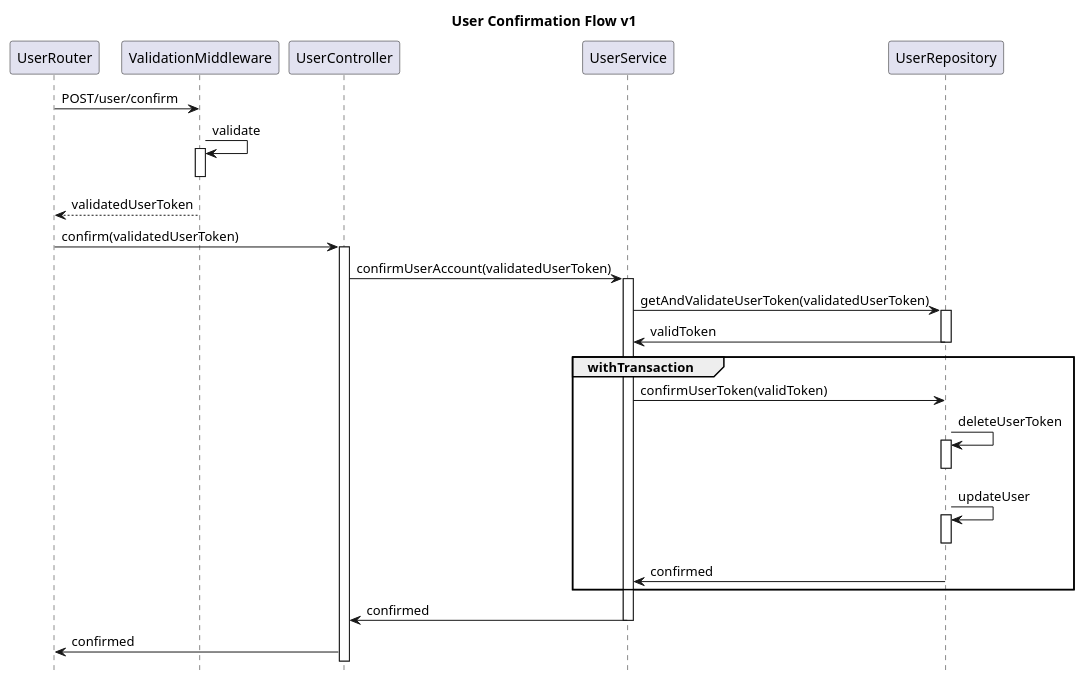
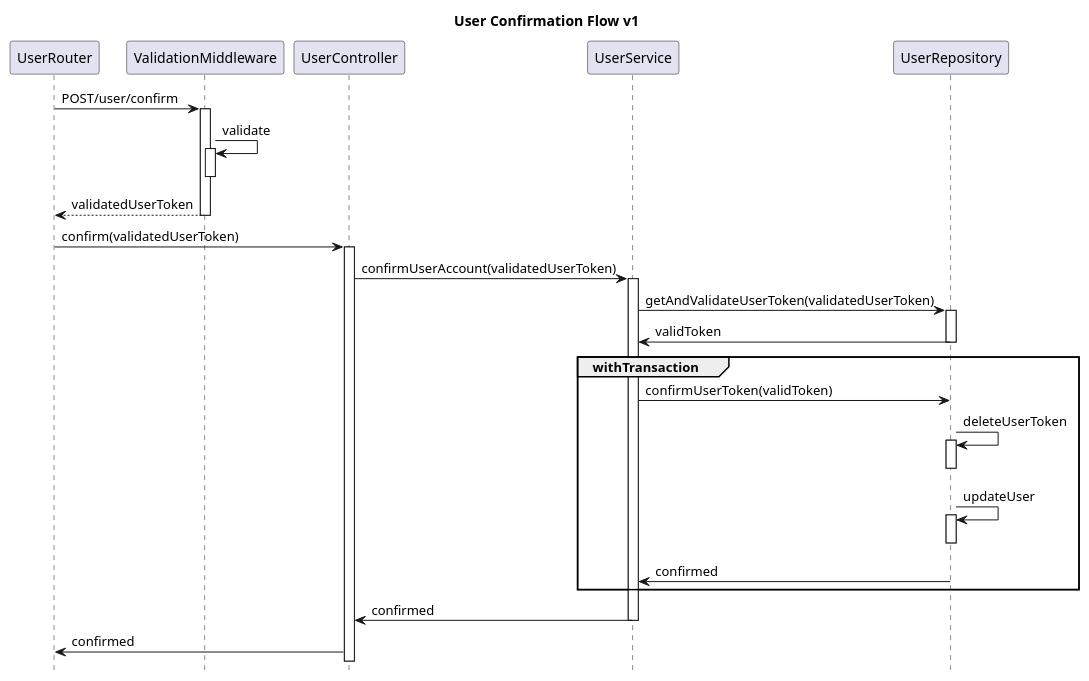
One commit to mcaligares/express-typescript changed the second of 6 diagrams in .docs/user.puml. Above: the diagram before and after it, drawn with PlantUML. The commit also changed other lines of this file and 3 other files, not shown here.

Commit message:
feat: add puml diagrams. related #65

```diff
--- a/.docs/user.puml
+++ b/.docs/user.puml
@@ -33,25 +33,25 @@
 @startuml user confirm
 title User Confirmation Flow v1
 hide footbox
 
-UserRouter -> ValidationMiddleware : POST/user/confirm
+UserRouter -> ValidationMiddleware ++: POST/user/confirm
 ValidationMiddleware -> ValidationMiddleware ++--: validate
-ValidationMiddleware --> UserRouter : validatedUserToken
+ValidationMiddleware --> UserRouter --: validatedUserToken
 
 UserRouter -> UserController ++ : confirm(validatedUserToken)
 
 UserController -> UserService ++: confirmUserAccount(validatedUserToken)
 UserService -> UserRepository ++: getAndValidateUserToken(validatedUserToken)
 UserRepository -> UserService --: validToken
 
 group withTransaction
   UserService -> UserRepository : confirmUserToken(validToken)
   UserRepository -> UserRepository ++--: deleteUserToken
   UserRepository -> UserRepository ++--: updateUser
   UserRepository -> UserService : confirmed
 end
 UserService -> UserController --: confirmed
 
 UserController -> UserRouter : confirmed
 
 @enduml
```
